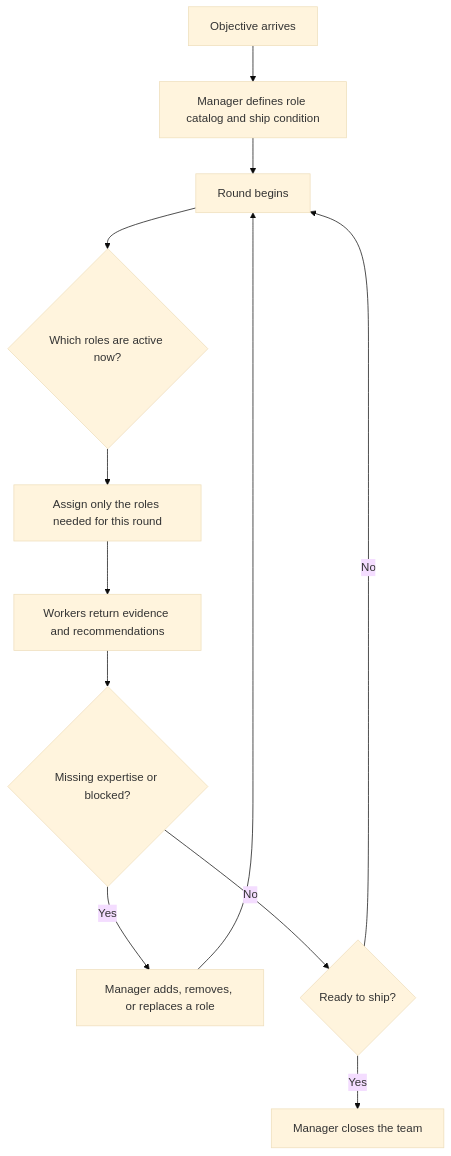
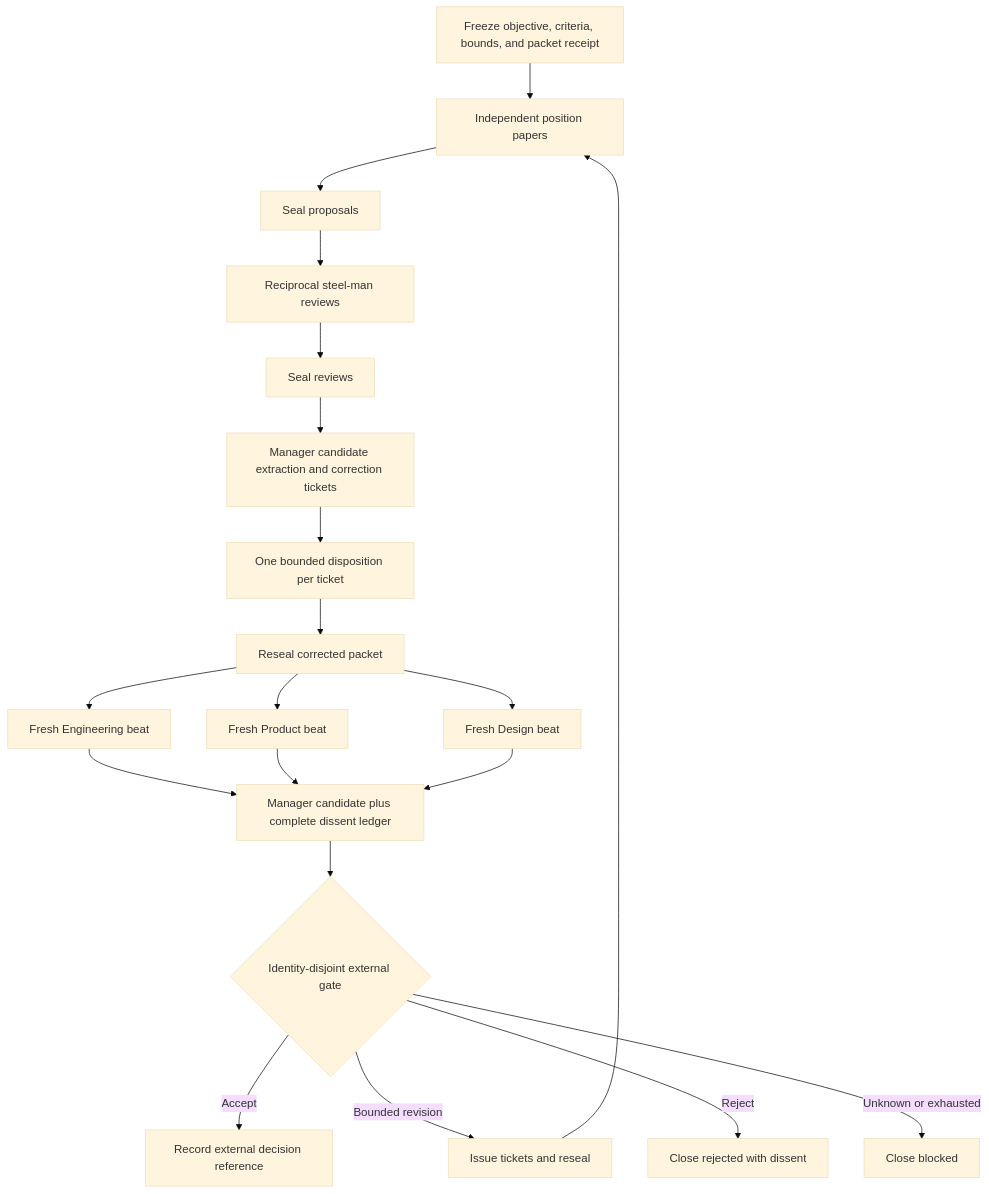
Before and after one commit to curiositech/port-daddy: the diagram in skills/manager-driven-team-orchestrator/SKILL.md, drawn with Mermaid (base theme). The commit also changed other lines of this file and 211 other files, not shown here.

````diff
--- a/skills/manager-driven-team-orchestrator/SKILL.md
+++ b/skills/manager-driven-team-orchestrator/SKILL.md
@@ -68,14 +50,22 @@
 ```mermaid
 flowchart TD
-  A[Objective arrives] --> B[Manager defines role catalog and ship condition]
-  B --> C[Round begins]
-  C --> D{Which roles are active now?}
-  D --> E[Assign only the roles needed for this round]
-  E --> F[Workers return evidence and recommendations]
-  F --> G{Missing expertise or blocked?}
-  G -->|Yes| H[Manager adds, removes, or replaces a role]
-  G -->|No| I{Ready to ship?}
-  H --> C
-  I -->|No| C
-  I -->|Yes| J[Manager closes the team]
+  A[Freeze objective, criteria, bounds, and packet receipt] --> B[Independent position papers]
+  B --> C[Seal proposals]
+  C --> D[Reciprocal steel-man reviews]
+  D --> E[Seal reviews]
+  E --> F[Manager candidate extraction and correction tickets]
+  F --> G[One bounded disposition per ticket]
+  G --> H[Reseal corrected packet]
+  H --> I1[Fresh Engineering beat]
+  H --> I2[Fresh Product beat]
+  H --> I3[Fresh Design beat]
+  I1 --> J[Manager candidate plus complete dissent ledger]
+  I2 --> J
+  I3 --> J
+  J --> K{Identity-disjoint external gate}
+  K -->|Accept| L[Record external decision reference]
+  K -->|Bounded revision| M[Issue tickets and reseal]
+  M --> B
+  K -->|Reject| N[Close rejected with dissent]
+  K -->|Unknown or exhausted| O[Close blocked]
 ```
````
